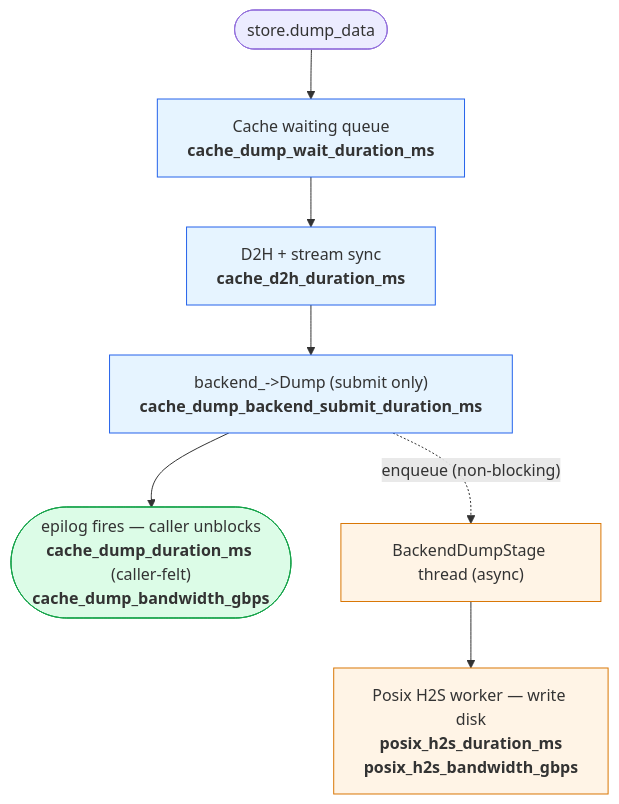
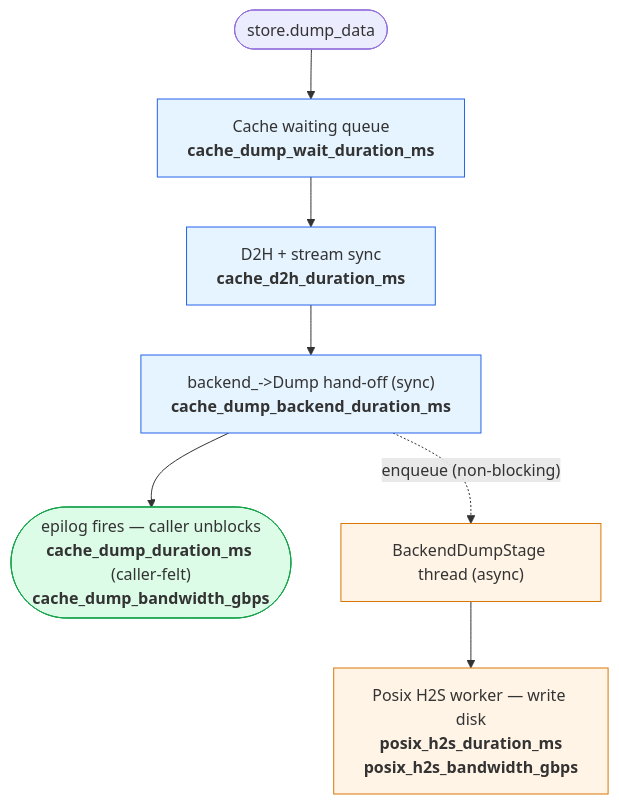
One commit to ModelEngine-Group/unified-cache-management changed the fourth of 4 diagrams in docs/source/user-guide/metrics/performance_analysis.md. Above: the diagram before and after it, drawn with Mermaid. The commit also changed other lines of this file and 5 other files, not shown here.

````diff
--- a/docs/source/user-guide/metrics/performance_analysis.md
+++ b/docs/source/user-guide/metrics/performance_analysis.md
@@ -81,18 +81,18 @@
 ```mermaid
 flowchart TD
     A(["store.dump_data"])
     B["Cache waiting queue<br/><b>cache_dump_wait_duration_ms</b>"]
     C["D2H + stream sync<br/><b>cache_d2h_duration_ms</b>"]
-    D["backend_->Dump (submit only)<br/><b>cache_dump_backend_submit_duration_ms</b>"]
+    D["backend_->Dump hand-off (sync)<br/><b>cache_dump_backend_duration_ms</b>"]
     E(["epilog fires — caller unblocks<br/><b>cache_dump_duration_ms</b> (caller-felt)<br/><b>cache_dump_bandwidth_gbps</b>"])
     F["BackendDumpStage thread (async)"]
     G["Posix H2S worker — write disk<br/><b>posix_h2s_duration_ms</b><br/><b>posix_h2s_bandwidth_gbps</b>"]
     A --> B --> C --> D --> E
     D -. "enqueue (non-blocking)" .-> F --> G
     classDef cache fill:#e6f4ff,stroke:#2563eb
     classDef posix fill:#fff4e6,stroke:#d97706
     classDef done fill:#dcfce7,stroke:#16a34a
     class B,C,D cache
     class F,G posix
     class E done
 ```
````
